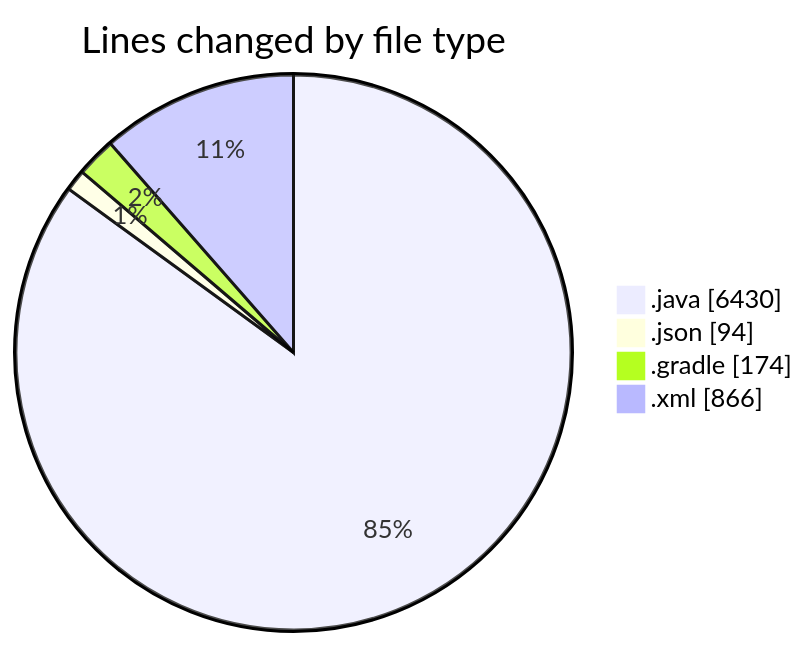
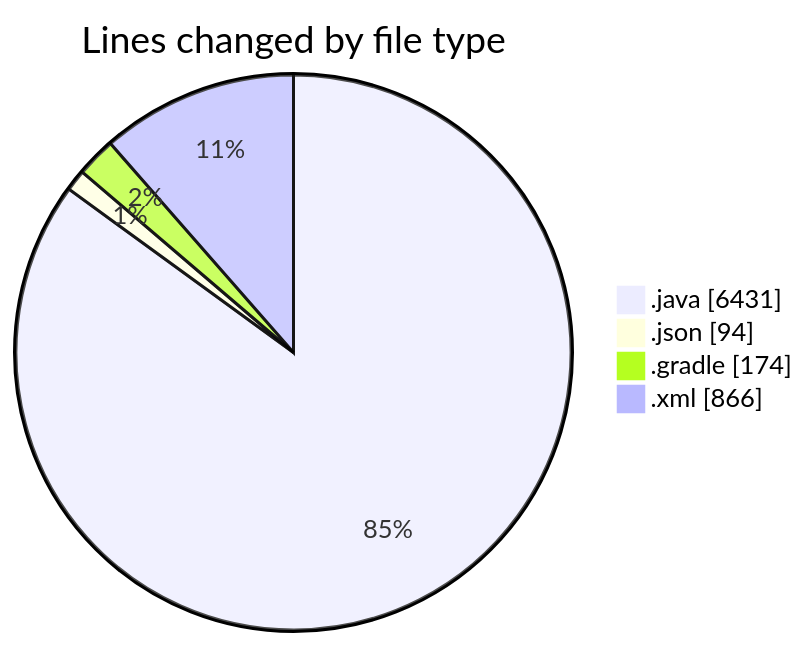
Before and after one commit to charlie-sans/code-tracking: the first of 2 diagrams in 2025-02-22/micros/README.md, drawn with Mermaid. The commit also changed other lines of this file and 1 other file, not shown here.

````diff
--- a/2025-02-22/micros/README.md
+++ b/2025-02-22/micros/README.md
@@ -63,8 +63,8 @@
 ```mermaid
 pie showData
 title Lines changed by file type
-".java" : 6430
+".java" : 6431
 ".json" : 94
 ".gradle" : 174
 ".xml" : 866
 ```
````
